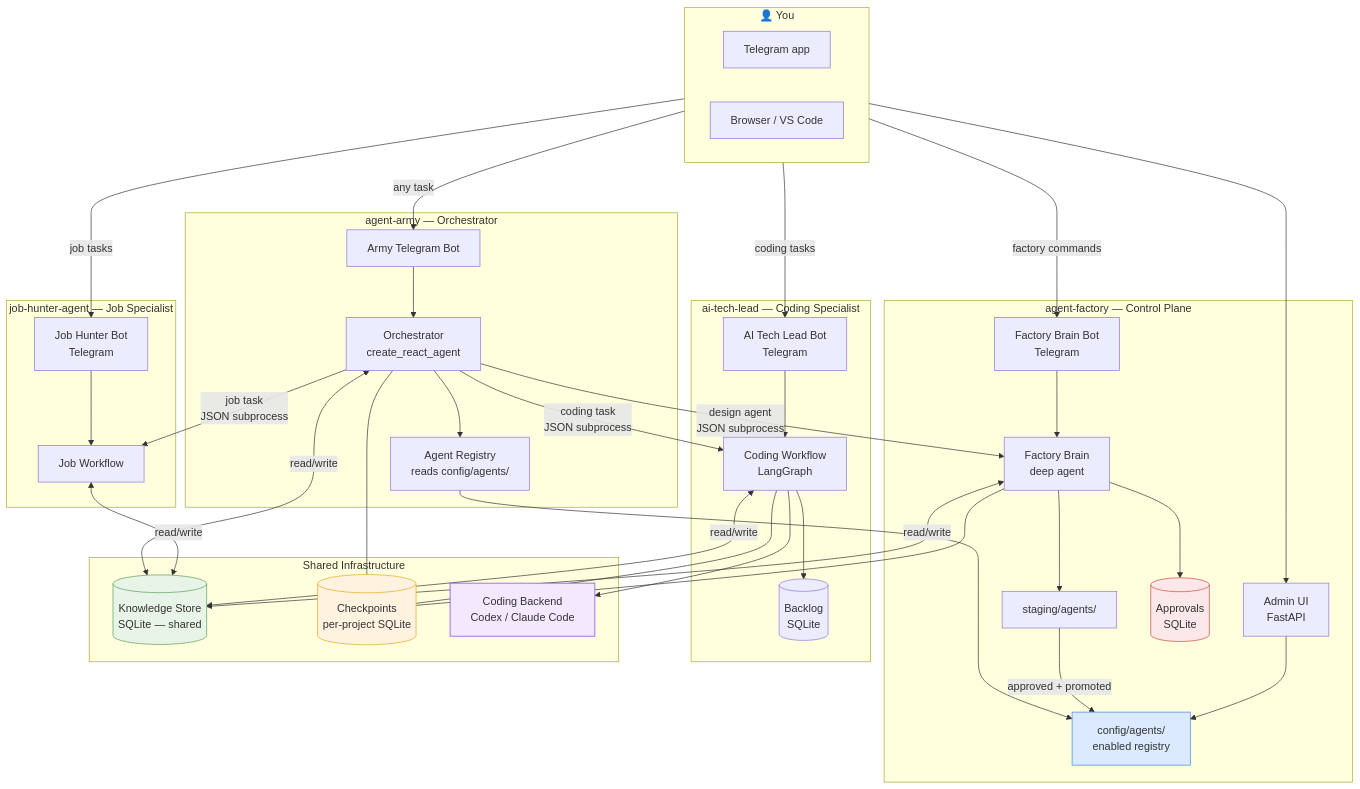
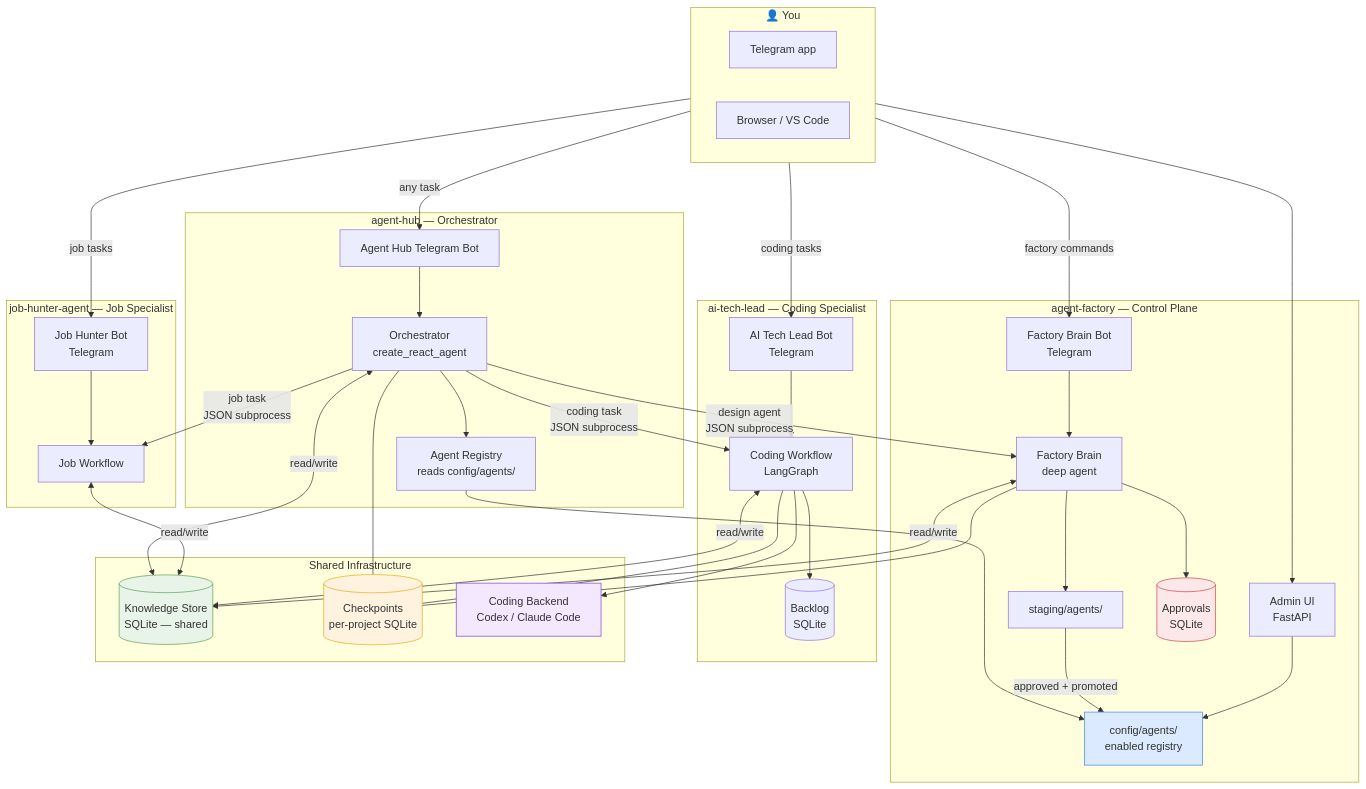
One commit to robvoto/agent-factory changed the diagram in docs/diagrams/01-SYSTEM-OVERVIEW.md. Above: the diagram before and after it, drawn with Mermaid. The commit also changed other lines of this file and 26 other files, not shown here.

First line of the commit message:
docs: replace legacy "army" naming with Agent Hub

````diff
--- a/docs/diagrams/01-SYSTEM-OVERVIEW.md
+++ b/docs/diagrams/01-SYSTEM-OVERVIEW.md
@@ -5,81 +5,81 @@
 ```mermaid
 flowchart TD
     subgraph You["👤 You"]
         direction LR
         Phone[Telegram app]
         Browser[Browser / VS Code]
     end
 
-    subgraph Army["agent-army — Orchestrator"]
-        ArmyBot[Army Telegram Bot]
-        ArmyOrch[Orchestrator\ncreate_react_agent]
-        ArmyReg[Agent Registry\nreads config/agents/]
+    subgraph Hub["agent-hub — Orchestrator"]
+        HubBot[Agent Hub Telegram Bot]
+        HubOrch[Orchestrator\ncreate_react_agent]
+        HubReg[Agent Registry\nreads config/agents/]
     end
 
     subgraph Factory["agent-factory — Control Plane"]
         FactoryBot[Factory Brain Bot\nTelegram]
         FactoryBrain[Factory Brain\ndeep agent]
         AdminUI[Admin UI\nFastAPI]
         Staging[staging/agents/]
         Registry[config/agents/\nenabled registry]
         Approval[(Approvals\nSQLite)]
     end
 
     subgraph ATL["ai-tech-lead — Coding Specialist"]
         ATLBot[AI Tech Lead Bot\nTelegram]
         ATLGraph[Coding Workflow\nLangGraph]
         ATLBacklog[(Backlog\nSQLite)]
     end
 
     subgraph Jobs["job-hunter-agent — Job Specialist"]
         JobBot[Job Hunter Bot\nTelegram]
         JobGraph[Job Workflow]
     end
 
     subgraph Shared["Shared Infrastructure"]
         KnowledgeDB[(Knowledge Store\nSQLite — shared)]
         CheckpointDB[(Checkpoints\nper-project SQLite)]
         CodingBackend[Coding Backend\nCodex / Claude Code]
     end
 
-    Phone -->|any task| ArmyBot
+    Phone -->|any task| HubBot
     Phone -->|factory commands| FactoryBot
     Phone -->|coding tasks| ATLBot
     Phone -->|job tasks| JobBot
     Browser --> AdminUI
 
-    ArmyBot --> ArmyOrch
-    ArmyOrch --> ArmyReg
-    ArmyReg --> Registry
+    HubBot --> HubOrch
+    HubOrch --> HubReg
+    HubReg --> Registry
 
-    ArmyOrch -->|coding task\nJSON subprocess| ATLGraph
-    ArmyOrch -->|job task\nJSON subprocess| JobGraph
-    ArmyOrch -->|design agent\nJSON subprocess| FactoryBrain
+    HubOrch -->|coding task\nJSON subprocess| ATLGraph
+    HubOrch -->|job task\nJSON subprocess| JobGraph
+    HubOrch -->|design agent\nJSON subprocess| FactoryBrain
 
     FactoryBot --> FactoryBrain
     FactoryBrain --> Staging
     FactoryBrain --> Approval
     Staging -->|approved + promoted| Registry
     AdminUI --> Registry
 
     ATLBot --> ATLGraph
     ATLGraph --> CodingBackend
     ATLGraph --> ATLBacklog
 
     JobBot --> JobGraph
 
     FactoryBrain <-->|read/write| KnowledgeDB
-    ArmyOrch <-->|read/write| KnowledgeDB
+    HubOrch <-->|read/write| KnowledgeDB
     ATLGraph <-->|read/write| KnowledgeDB
     JobGraph <-->|read/write| KnowledgeDB
 
     FactoryBrain --- CheckpointDB
     ATLGraph --- CheckpointDB
-    ArmyOrch --- CheckpointDB
+    HubOrch --- CheckpointDB
 
     style KnowledgeDB fill:#e8f4e8,stroke:#5a9e5a
     style CheckpointDB fill:#fff3e0,stroke:#e6a817
     style Registry fill:#dbeafe,stroke:#3b82f6
     style Approval fill:#fce8e8,stroke:#cc4444
     style CodingBackend fill:#f3e8ff,stroke:#7c3aed
 ```
````
